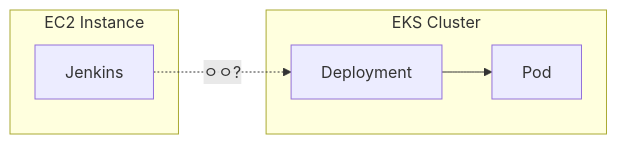
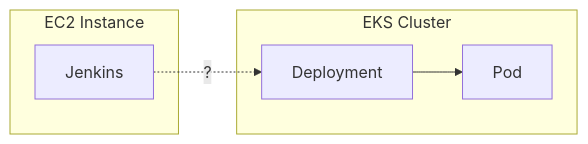
Before and after one commit to jw3418/jw3418.github.io: the first of 11 diagrams in _posts/2026-08-16-jenkins-eks-deployment-flow.md, drawn with Mermaid. The commit also changed other lines of this file, not shown here.

````diff
--- a/_posts/2026-08-16-jenkins-eks-deployment-flow.md
+++ b/_posts/2026-08-16-jenkins-eks-deployment-flow.md
@@ -28,12 +28,12 @@
 ```mermaid
 flowchart LR
     subgraph EC2["EC2 Instance"]
         J["Jenkins"]
     end
 
     subgraph EKS["EKS Cluster"]
         D["Deployment"] --> P["Pod"]
     end
 
-    J -. "ㅇㅇ?" .-> D
+    J -. "?" .-> D
 ```
````
